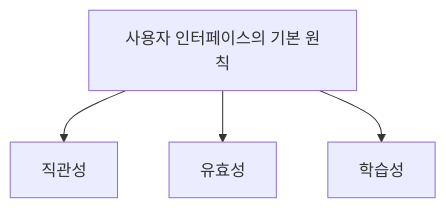
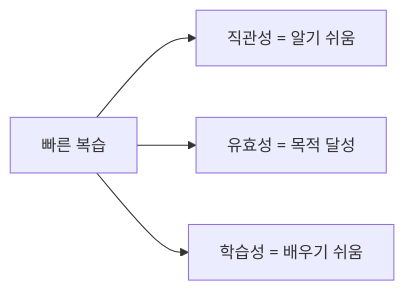
Before and after one commit to nes0903/study: diagram 17 of 17 in 정보처리기사/1과목 소프트웨어 설계/022 사용자 인터페이스의 기본 원칙/022 사용자 인터페이스의 기본 원칙.md, drawn with Mermaid. The commit also changed other lines of this file and 4 other files, not shown here.

````diff
--- a/정보처리기사/1과목 소프트웨어 설계/022 사용자 인터페이스의 기본 원칙/022 사용자 인터페이스의 기본 원칙.md
+++ b/정보처리기사/1과목 소프트웨어 설계/022 사용자 인터페이스의 기본 원칙/022 사용자 인터페이스의 기본 원칙.md
@@ -13,7 +526,7 @@
 ```mermaid
-flowchart TD
-    A["사용자 인터페이스의 기본 원칙"]
-    A --> N1["직관성"]
-    A --> N2["유효성"]
-    A --> N3["학습성"]
+flowchart LR
+    A["빠른 복습"]
+    A --> B["직관성 = 알기 쉬움"]
+    A --> C["유효성 = 목적 달성"]
+    A --> D["학습성 = 배우기 쉬움"]
 ```
````
